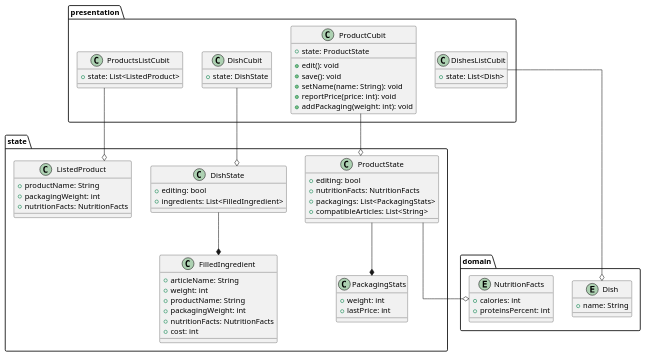
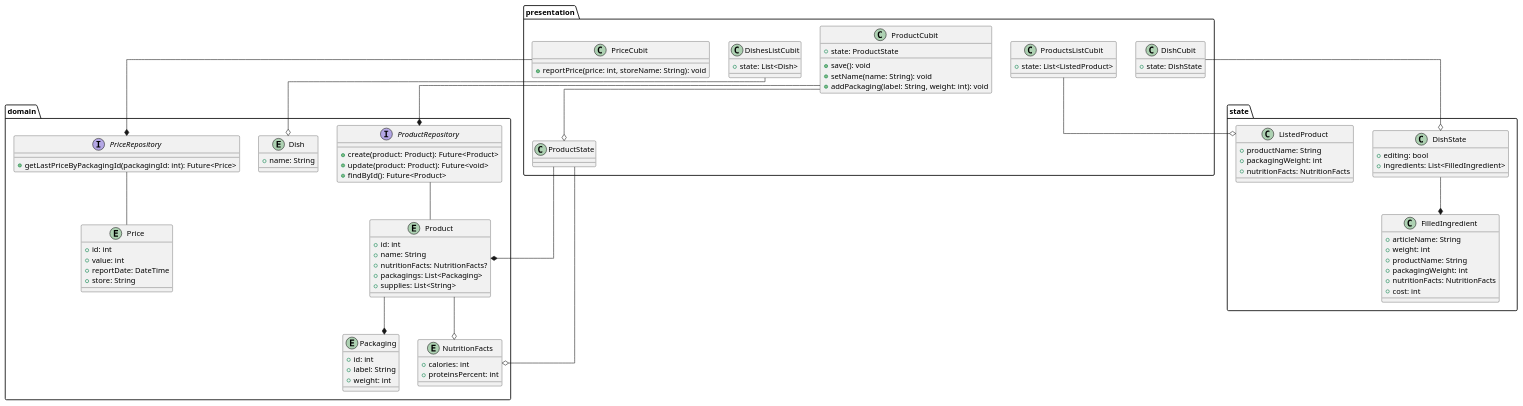
The diagram in uml.puml (lburzak/flexeat), drawn with PlantUML before and after one commit. The commit also changed 5 other files, not shown here.

```diff
--- a/uml.puml
+++ b/uml.puml
@@ -1,81 +1,109 @@
 @startuml flexeat-uml
 skinparam linetype ortho
 
 package state {
     class DishState {
         +editing: bool
         +ingredients: List<FilledIngredient>
-    }
-
-    class ProductState {
-        +editing: bool
-        +nutritionFacts: NutritionFacts
-        +packagings: List<PackagingStats>
-        +compatibleArticles: List<String>
     }
 
     class FilledIngredient {
         +articleName: String
         +weight: int
         +productName: String
         +packagingWeight: int
         +nutritionFacts: NutritionFacts
         +cost: int
     }
 
     class ListedProduct {
         +productName: String
         +packagingWeight: int
         +nutritionFacts: NutritionFacts
     }
 
-    class PackagingStats {
-        +weight: int
-        +lastPrice: int
-    }
-
     DishState --* FilledIngredient
-    ProductState --* PackagingStats
 }
 
 package presentation {
     class DishesListCubit {
         +state: List<Dish>
     }
 
     class DishCubit {
         +state: DishState
     }
 
     class ProductsListCubit {
         +state: List<ListedProduct>
     }
 
     class ProductCubit {
         +state: ProductState
-        +edit(): void
         +save(): void
         +setName(name: String): void
-        +reportPrice(price: int): void
-        +addPackaging(weight: int): void
+        +addPackaging(label: String, weight: int): void
+    }
+
+    class PriceCubit {
+        +reportPrice(price: int, storeName: String): void
     }
     
     DishCubit --o DishState
     ProductsListCubit --o ListedProduct
     ProductCubit --o ProductState
 }
 
 package domain {
     entity NutritionFacts {
         +calories: int
         +proteinsPercent: int
     }
     
     entity Dish {
         +name: String
     }
+
+    entity Product {
+        +id: int
+        +name: String
+        +nutritionFacts: NutritionFacts?
+        +packagings: List<Packaging>
+        +supplies: List<String>
+    }
+
+    entity Packaging {
+        +id: int
+        +label: String
+        +weight: int
+    }
+
+    entity Price {
+        +id: int
+        +value: int
+        +reportDate: DateTime
+        +store: String
+    }
+
+    interface ProductRepository {
+        +create(product: Product): Future<Product>
+        +update(product: Product): Future<void>
+        +findById(): Future<Product>
+    }
+
+    interface PriceRepository {
+        +getLastPriceByPackagingId(packagingId: int): Future<Price>
+    }
+
+    ProductRepository -- Product
+    Product --* Packaging
+    Product --o NutritionFacts
+    PriceRepository -- Price
 }
 
+ProductState --* Product
 DishesListCubit --o Dish
 ProductState --o NutritionFacts
+ProductCubit --* ProductRepository
+PriceCubit --* PriceRepository
 @enduml
```
